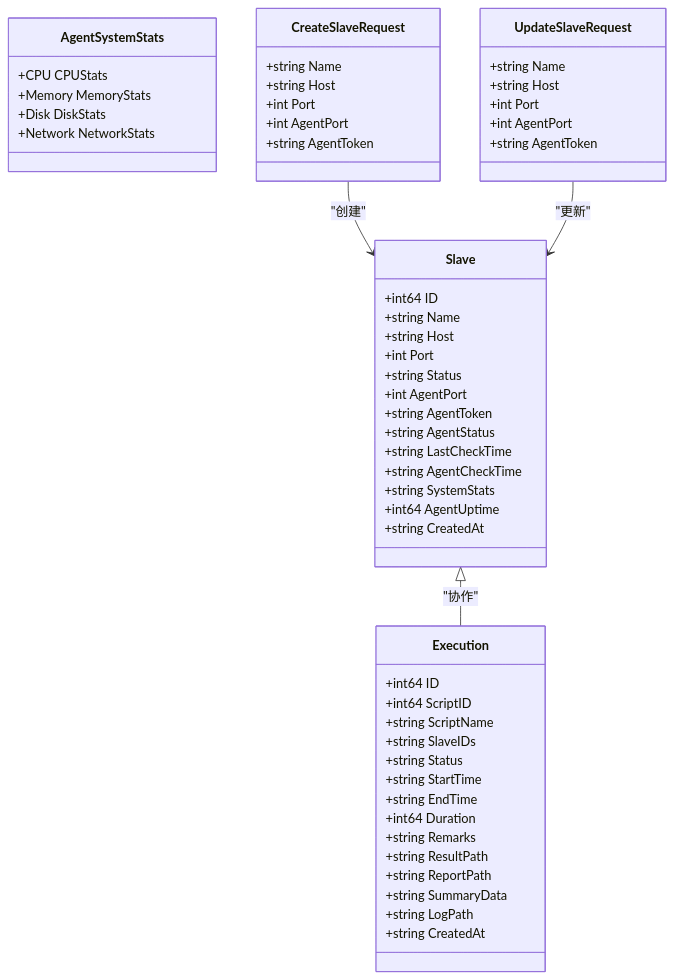
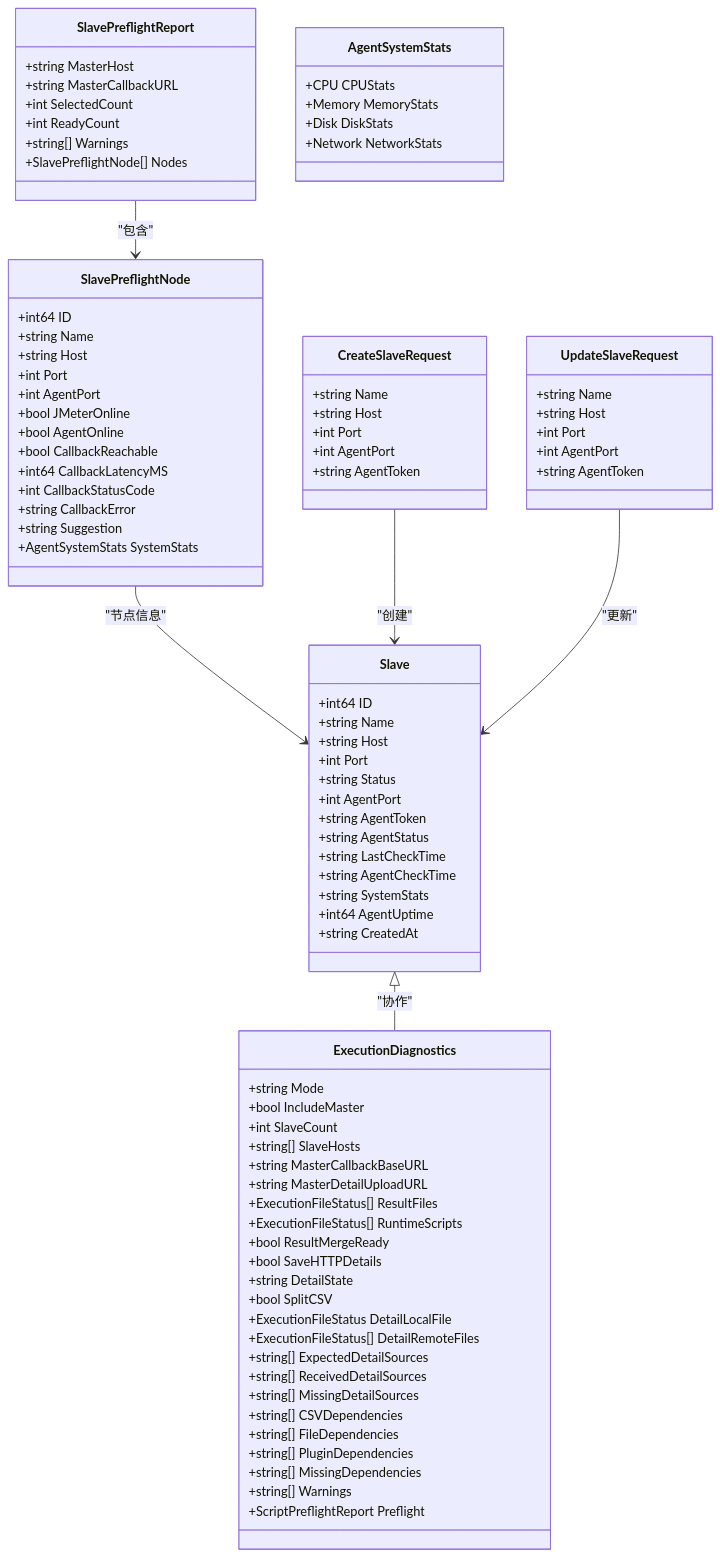
Before and after one commit to Liyuhao02/Jmeter-Admin: the second of 18 diagrams in .qoder/repowiki/zh/content/核心业务模块/Slave节点管理系统/Slave节点管理系统.md, drawn with Mermaid. The commit also changed other lines of this file and 16 other files, not shown here.

````diff
--- a/.qoder/repowiki/zh/content/核心业务模块/Slave节点管理系统/Slave节点管理系统.md
+++ b/.qoder/repowiki/zh/content/核心业务模块/Slave节点管理系统/Slave节点管理系统.md
@@ -126,27 +135,59 @@
 +int64 AgentUptime
 +string CreatedAt
 }
-class Execution {
+class SlavePreflightNode {
 +int64 ID
-+int64 ScriptID
-+string ScriptName
-+string SlaveIDs
-+string Status
-+string StartTime
-+string EndTime
-+int64 Duration
-+string Remarks
-+string ResultPath
-+string ReportPath
-+string SummaryData
-+string LogPath
-+string CreatedAt
++string Name
++string Host
++int Port
++int AgentPort
++bool JMeterOnline
++bool AgentOnline
++bool CallbackReachable
++int64 CallbackLatencyMS
++int CallbackStatusCode
++string CallbackError
++string Suggestion
++AgentSystemStats SystemStats
+}
+class SlavePreflightReport {
++string MasterHost
++string MasterCallbackURL
++int SelectedCount
++int ReadyCount
++string[] Warnings
++SlavePreflightNode[] Nodes
 }
 class AgentSystemStats {
 +CPU CPUStats
 +Memory MemoryStats
 +Disk DiskStats
 +Network NetworkStats
+}
+class ExecutionDiagnostics {
++string Mode
++bool IncludeMaster
++int SlaveCount
++string[] SlaveHosts
++string MasterCallbackBaseURL
++string MasterDetailUploadURL
++ExecutionFileStatus[] ResultFiles
++ExecutionFileStatus[] RuntimeScripts
++bool ResultMergeReady
++bool SaveHTTPDetails
++string DetailState
++bool SplitCSV
++ExecutionFileStatus DetailLocalFile
++ExecutionFileStatus[] DetailRemoteFiles
++string[] ExpectedDetailSources
++string[] ReceivedDetailSources
++string[] MissingDetailSources
++string[] CSVDependencies
++string[] FileDependencies
++string[] PluginDependencies
++string[] MissingDependencies
++string[] Warnings
++ScriptPreflightReport Preflight
 }
 class CreateSlaveRequest {
 +string Name
@@ -162,7 +203,9 @@
 +int AgentPort
 +string AgentToken
 }
-Slave <|-- Execution : "协作"
+Slave <|-- ExecutionDiagnostics : "协作"
+SlavePreflightNode --> Slave : "节点信息"
+SlavePreflightReport --> SlavePreflightNode : "包含"
 CreateSlaveRequest --> Slave : "创建"
 UpdateSlaveRequest --> Slave : "更新"
 ```
````
